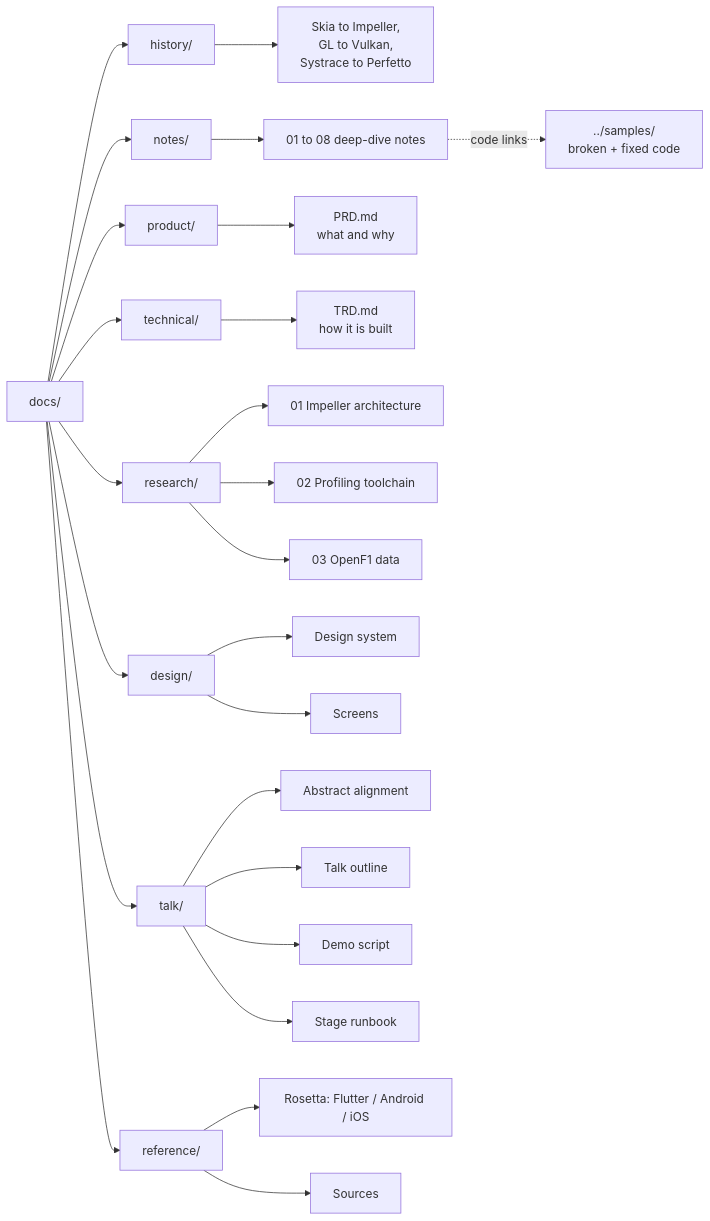
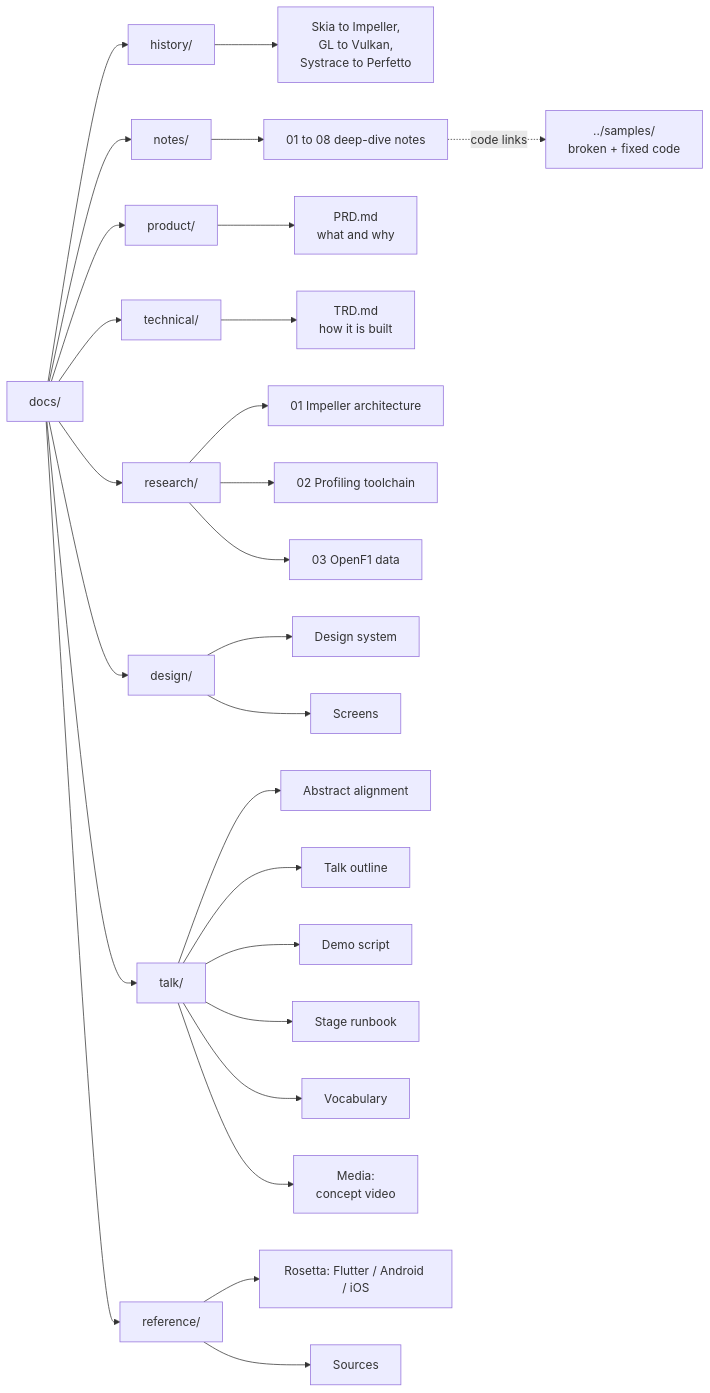
Before and after one commit to cm-collins/fluttercon-demo-app: the diagram in docs/README.md, drawn with Mermaid. The commit also changed 1 other file, not shown here.

Commit message:
📝 docs(readme): document the Shader Lab and two-app demo setup
The root README should explain the Skia vs Impeller comparison before someone opens the TRD.

- Describe Shader Lab, Kiln Skia, and the concept video in "What the demo shows"
- Link abstract alignment, media, and FVM or cache-reset requirements for Kiln Skia
- Add vocabulary and media nodes to the docs index diagram

Summary: New readers see how the live Shader Lab fits the talk from the repo home page.

````diff
--- a/docs/README.md
+++ b/docs/README.md
@@ -13,28 +13,30 @@
 ```mermaid
 flowchart LR
     root["docs/"] --> product["product/"]
     root --> technical["technical/"]
     root --> research["research/"]
     root --> design["design/"]
     root --> talk["talk/"]
     root --> reference["reference/"]
     root --> history["history/"]
     history --> h1["Skia to Impeller,<br/>GL to Vulkan,<br/>Systrace to Perfetto"]
     root --> notes["notes/"]
     notes --> n1["01 to 08 deep-dive notes"]
     n1 -.->|"code links"| samples["../samples/<br/>broken + fixed code"]
 
     product --> prd["PRD.md<br/>what and why"]
     technical --> trd["TRD.md<br/>how it is built"]
     research --> r1["01 Impeller architecture"]
     research --> r2["02 Profiling toolchain"]
     research --> r3["03 OpenF1 data"]
     design --> d1["Design system"]
     design --> d2["Screens"]
     talk --> t0["Abstract alignment"]
     talk --> t1["Talk outline"]
     talk --> t2["Demo script"]
     talk --> t3["Stage runbook"]
+    talk --> t4["Vocabulary"]
+    talk --> t5["Media:<br/>concept video"]
     reference --> f1["Rosetta: Flutter / Android / iOS"]
     reference --> f2["Sources"]
 ```
````
